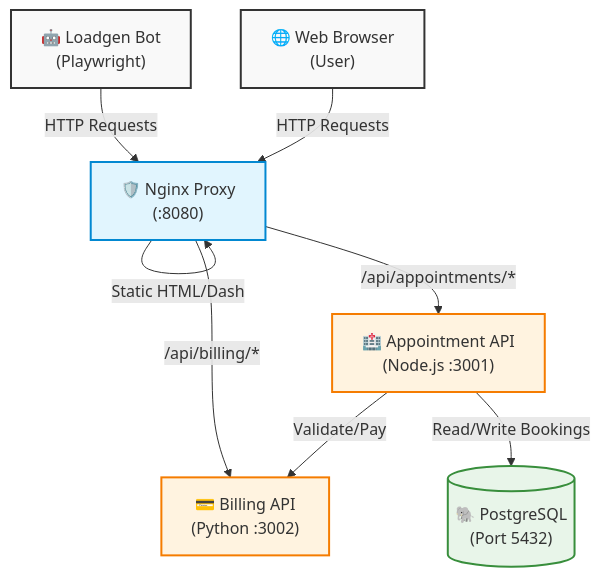
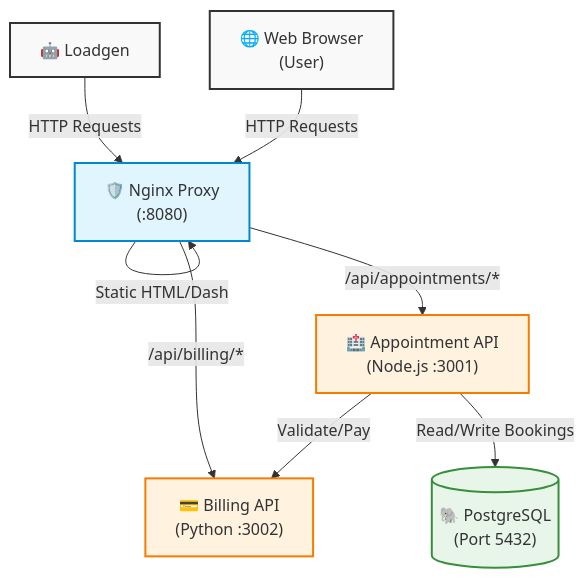
The diagram in README.md (pararadiptaa/mediora), drawn with Mermaid before and after one commit.

Commit message:
docs: Simplify the Loadgen label in the README diagram by removing "Bot" and "(Playwright)".

````diff
--- a/README.md
+++ b/README.md
@@ -13,30 +13,30 @@
 ```mermaid
 graph TD
     %% Define styles
     classDef client fill:#f9f9f9,stroke:#333,stroke-width:2px;
     classDef proxy fill:#e1f5fe,stroke:#0288d1,stroke-width:2px;
     classDef service fill:#fff3e0,stroke:#f57c00,stroke-width:2px;
     classDef db fill:#e8f5e9,stroke:#388e3c,stroke-width:2px;
 
     %% Nodes
-    Loadgen["🤖 Loadgen Bot<br/>(Playwright)"]:::client
+    Loadgen["🤖 Loadgen<br/>"]:::client
     Browser["🌐 Web Browser<br/>(User)"]:::client
     
     Nginx["🛡️ Nginx Proxy<br/>(:8080)"]:::proxy
     
     ApptAPI["🏥 Appointment API<br/>(Node.js :3001)"]:::service
     BillingAPI["💳 Billing API<br/>(Python :3002)"]:::service
     
     Postgres[("🐘 PostgreSQL<br/>(Port 5432)")]:::db
 
     %% Connections
     Loadgen -->|HTTP Requests| Nginx
     Browser -->|HTTP Requests| Nginx
     
     Nginx -->|Static HTML/Dash| Nginx
     Nginx -->|/api/appointments/*| ApptAPI
     Nginx -->|/api/billing/*| BillingAPI
     
     ApptAPI -->|Validate/Pay| BillingAPI
     ApptAPI -->|Read/Write Bookings| Postgres
 ```
````
